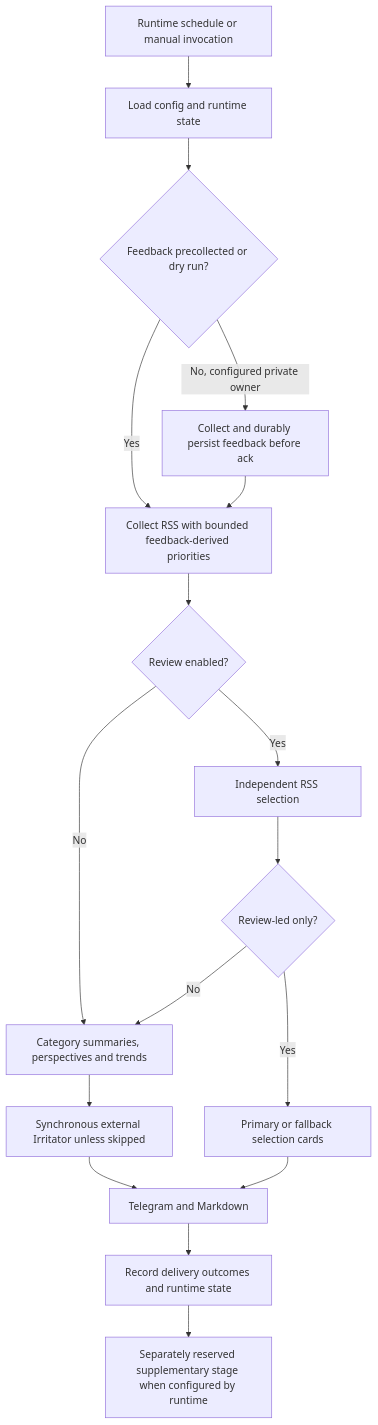
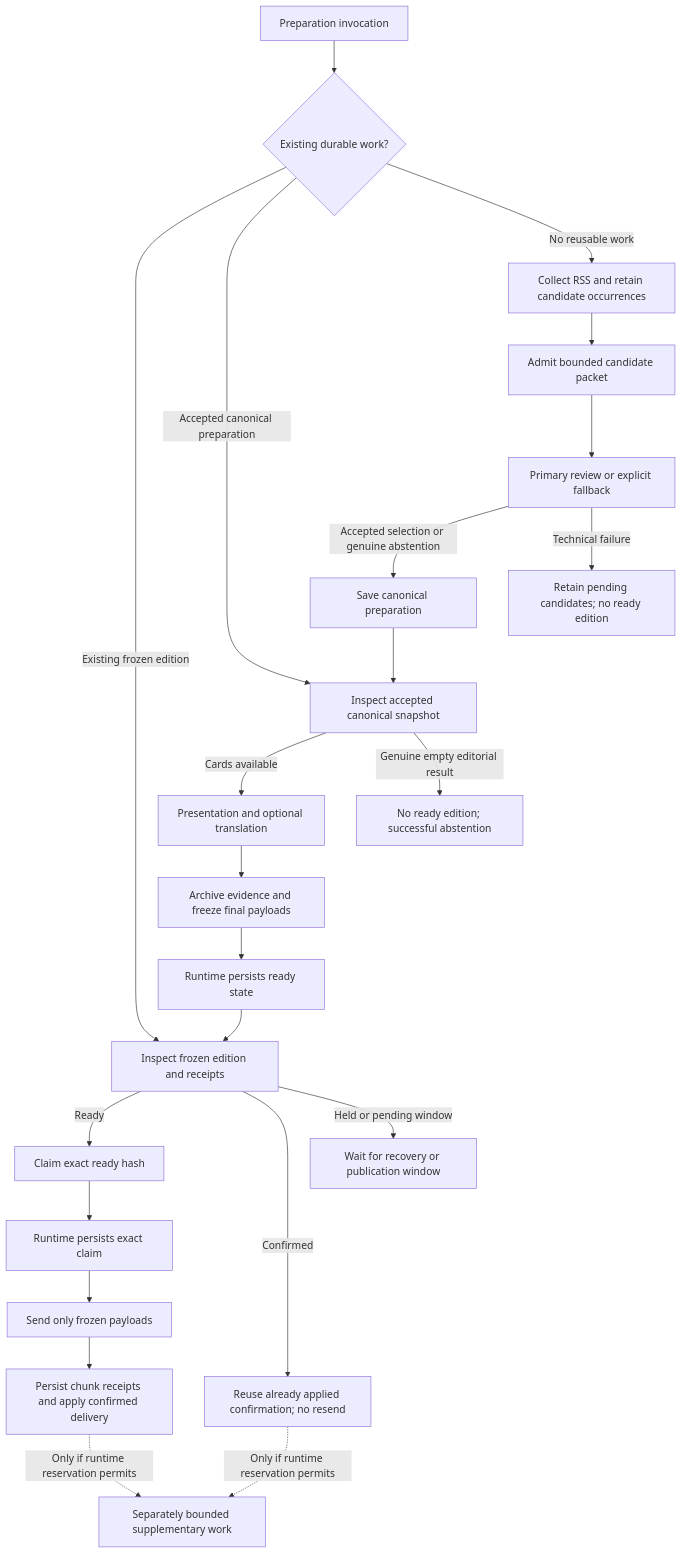
One commit to Lenivvenil/digest changed the diagram in docs/ARCHITECTURE.md. Above: the diagram before and after it, drawn with Mermaid. The commit also changed other lines of this file and 11 other files, not shown here.

Commit message:
refactor: unify presentation composition and explicit route policy

````diff
--- a/docs/ARCHITECTURE.md
+++ b/docs/ARCHITECTURE.md
@@ -36,19 +41,25 @@
 ```mermaid
 flowchart TD
-    RUN[Runtime schedule or manual invocation] --> CFG[Load config and runtime state]
-    CFG --> FB{Feedback precollected or dry run?}
-    FB -->|No, configured private owner| POLL[Collect and durably persist feedback before ack]
-    FB -->|Yes| COL[Collect RSS with bounded feedback-derived priorities]
-    POLL --> COL
-    COL --> MODE{Review enabled?}
-    MODE -->|No| CAT[Category summaries, perspectives and trends]
-    MODE -->|Yes| REV[Independent RSS selection]
-    REV --> RLO{Review-led only?}
-    RLO -->|No| CAT
-    RLO -->|Yes| PRIMARY[Primary or fallback selection cards]
-    CAT --> SYNC[Synchronous external Irritator unless skipped]
-    SYNC --> DELIVERY[Telegram and Markdown]
-    PRIMARY --> DELIVERY
-    DELIVERY --> RECEIPT[Record delivery outcomes and runtime state]
-    RECEIPT --> OPTIONAL[Separately reserved supplementary stage when configured by runtime]
+    RUN[Preparation invocation] --> STATE{Existing durable work?}
+    STATE -->|Existing frozen edition| READY[Inspect frozen edition and receipts]
+    STATE -->|Accepted canonical preparation| CANON[Inspect accepted canonical snapshot]
+    STATE -->|No reusable work| COL[Collect RSS and retain candidate occurrences]
+    COL --> PACKET[Admit bounded candidate packet]
+    PACKET --> REVIEW[Primary review or explicit fallback]
+    REVIEW -->|Accepted selection or genuine abstention| ACCEPT[Save canonical preparation]
+    REVIEW -->|Technical failure| PENDING[Retain pending candidates; no ready edition]
+    ACCEPT --> CANON
+    CANON -->|Cards available| PRESENT[Presentation and optional translation]
+    CANON -->|Genuine empty editorial result| EMPTY[No ready edition; successful abstention]
+    PRESENT --> FREEZE[Archive evidence and freeze final payloads]
+    FREEZE --> PERSIST[Runtime persists ready state]
+    PERSIST --> READY
+    READY -->|Ready| CLAIM[Claim exact ready hash]
+    READY -->|Confirmed| RECOVER[Reuse already applied confirmation; no resend]
+    READY -->|Held or pending window| HOLD[Wait for recovery or publication window]
+    CLAIM --> CLAIMSAVE[Runtime persists exact claim]
+    CLAIMSAVE --> SEND[Send only frozen payloads]
+    SEND --> RECEIPT[Persist chunk receipts and apply confirmed delivery]
+    RECEIPT -.->|Only if runtime reservation permits| OPTIONAL[Separately bounded supplementary work]
+    RECOVER -.->|Only if runtime reservation permits| OPTIONAL
 ```
````
